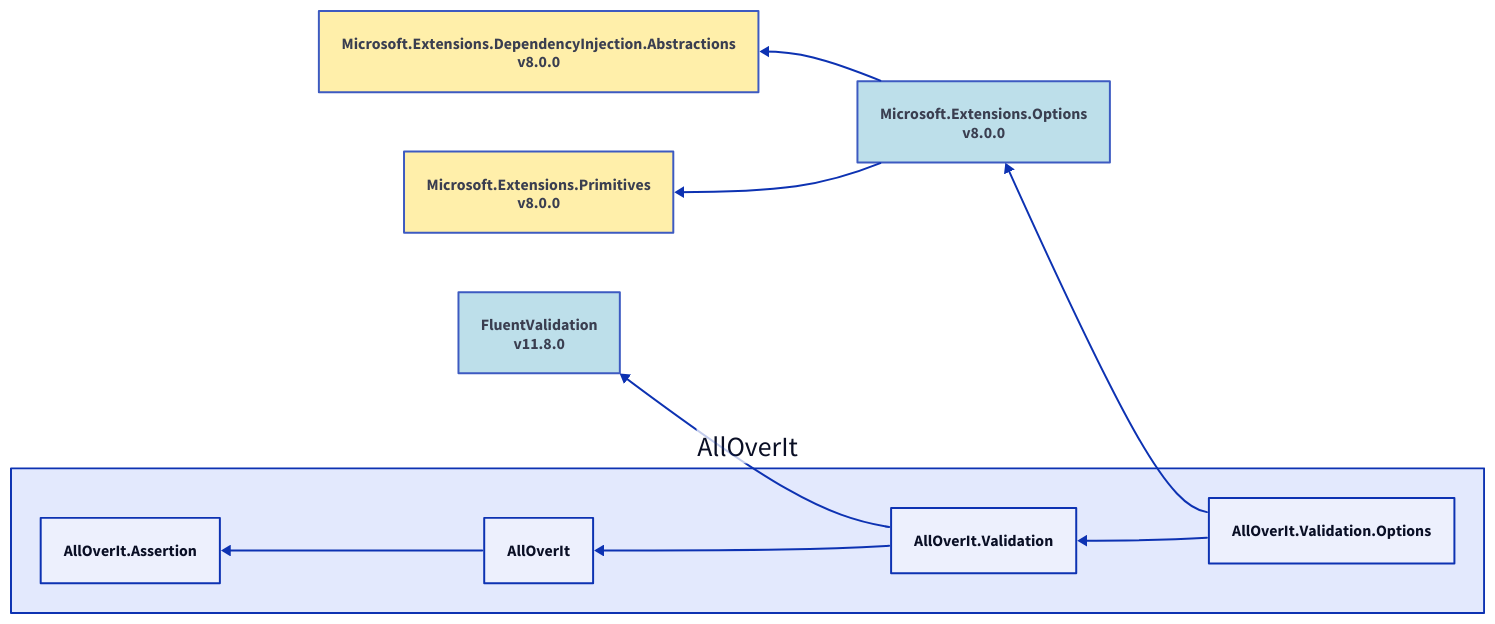
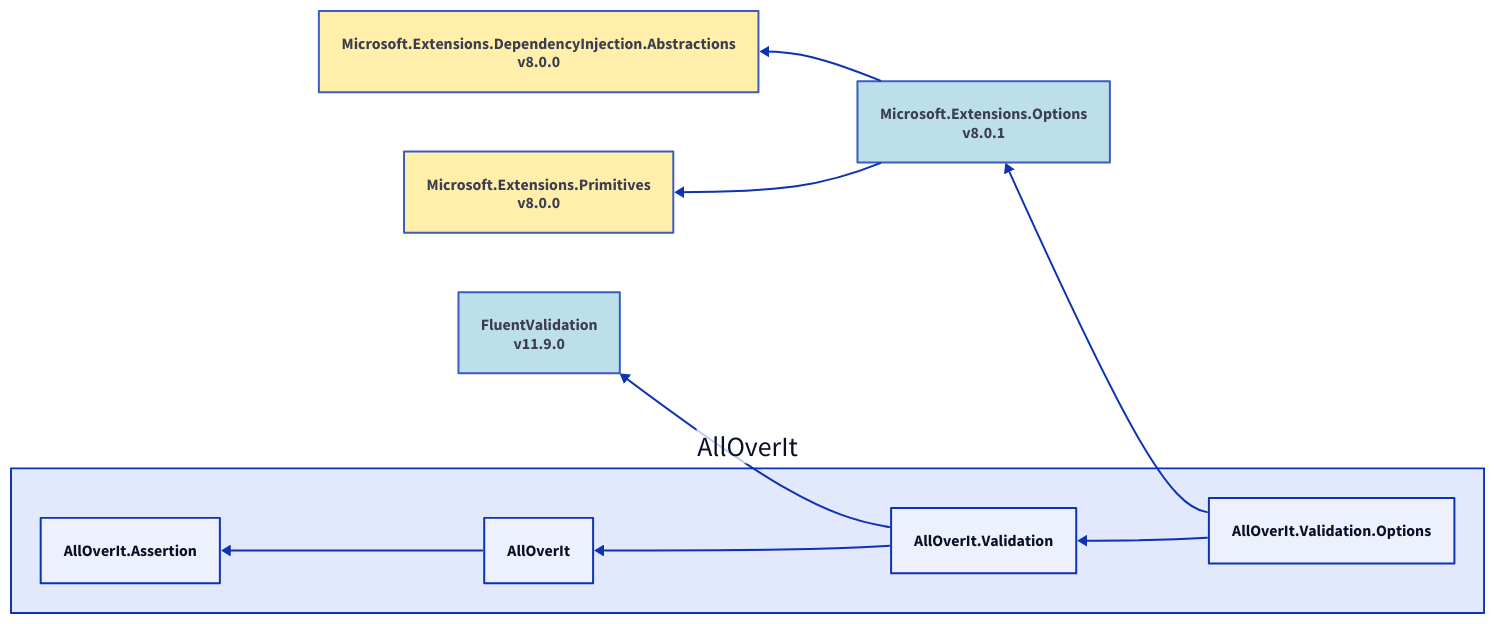
Before and after one commit to mjfreelancing/AllOverIt: the diagram in Docs/Reference/Content/images/dependencies/net6.0/alloverit-validation-options.d2, drawn with D2. The commit also changed 56 other files, not shown here.

```diff
--- a/Docs/Reference/Content/images/dependencies/net6.0/alloverit-validation-options.d2
+++ b/Docs/Reference/Content/images/dependencies/net6.0/alloverit-validation-options.d2
@@ -1,26 +1,26 @@
 direction: left
 
 aoi: AllOverIt
 aoi.alloverit-validation-options: AllOverIt.Validation.Options
-microsoft-extensions-options_8-0-0: Microsoft.Extensions.Options\nv8.0.0
-microsoft-extensions-options_8-0-0.style.fill: "#ADD8E6"
-microsoft-extensions-options_8-0-0.style.opacity: 0.8
+microsoft-extensions-options_8-0-1: Microsoft.Extensions.Options\nv8.0.1
+microsoft-extensions-options_8-0-1.style.fill: "#ADD8E6"
+microsoft-extensions-options_8-0-1.style.opacity: 0.8
 microsoft-extensions-dependencyinjection-abstractions_8-0-0: Microsoft.Extensions.DependencyInjection.Abstractions\nv8.0.0
 microsoft-extensions-dependencyinjection-abstractions_8-0-0.style.fill: "#FFEC96"
 microsoft-extensions-dependencyinjection-abstractions_8-0-0.style.opacity: 0.8
-microsoft-extensions-dependencyinjection-abstractions_8-0-0 <- microsoft-extensions-options_8-0-0
+microsoft-extensions-dependencyinjection-abstractions_8-0-0 <- microsoft-extensions-options_8-0-1
 microsoft-extensions-primitives_8-0-0: Microsoft.Extensions.Primitives\nv8.0.0
 microsoft-extensions-primitives_8-0-0.style.fill: "#FFEC96"
 microsoft-extensions-primitives_8-0-0.style.opacity: 0.8
-microsoft-extensions-primitives_8-0-0 <- microsoft-extensions-options_8-0-0
-microsoft-extensions-options_8-0-0 <- aoi.alloverit-validation-options
+microsoft-extensions-primitives_8-0-0 <- microsoft-extensions-options_8-0-1
+microsoft-extensions-options_8-0-1 <- aoi.alloverit-validation-options
 aoi.alloverit-validation: AllOverIt.Validation
-fluentvalidation_11-8-0: FluentValidation\nv11.8.0
-fluentvalidation_11-8-0.style.fill: "#ADD8E6"
-fluentvalidation_11-8-0.style.opacity: 0.8
-fluentvalidation_11-8-0 <- aoi.alloverit-validation
+fluentvalidation_11-9-0: FluentValidation\nv11.9.0
+fluentvalidation_11-9-0.style.fill: "#ADD8E6"
+fluentvalidation_11-9-0.style.opacity: 0.8
+fluentvalidation_11-9-0 <- aoi.alloverit-validation
 aoi.alloverit: AllOverIt
 aoi.alloverit-assertion: AllOverIt.Assertion
 aoi.alloverit-assertion <- aoi.alloverit
 aoi.alloverit <- aoi.alloverit-validation
 aoi.alloverit-validation <- aoi.alloverit-validation-options
```
